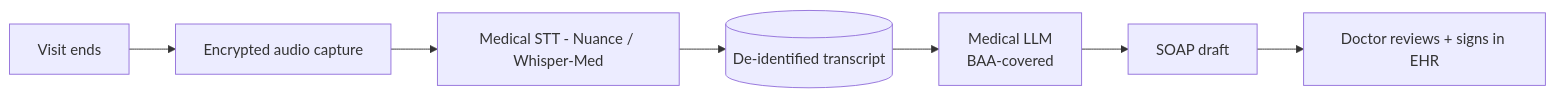
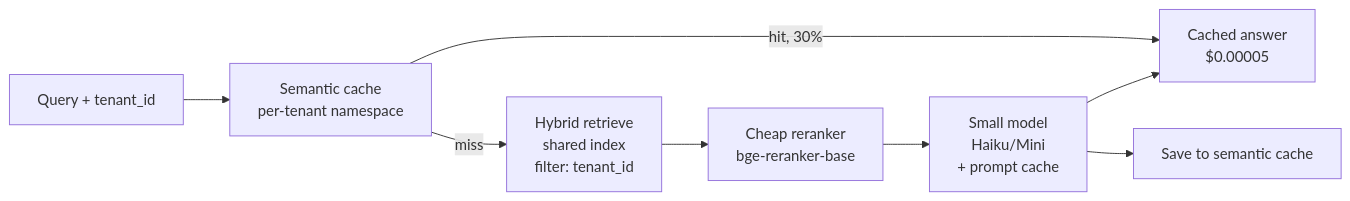
One commit to PranavMotarwar/Urban-Policy-Advisor-LLM changed diagram 17 of 48 in SYSTEM_DESIGN_PREP.md. Above: the diagram before and after it, drawn with Mermaid. The commit also changed other lines of this file, not shown here.

````diff
--- a/SYSTEM_DESIGN_PREP.md
+++ b/SYSTEM_DESIGN_PREP.md
@@ -2051,9 +2530,10 @@
 ```mermaid
 flowchart LR
-    Visit[Visit ends] --> Audio[Encrypted audio capture]
-    Audio --> STT[Medical STT - Nuance / Whisper-Med]
-    STT --> Trans[(De-identified transcript)]
-    Trans --> LLM[Medical LLM<br/>BAA-covered]
-    LLM --> Draft[SOAP draft]
-    Draft --> EHR[Doctor reviews + signs in EHR]
+  Q[Query + tenant_id] --> SC[Semantic cache<br/>per-tenant namespace]
+  SC -->|hit, 30%| O[Cached answer<br/>$0.00005]
+  SC -->|miss| R[Hybrid retrieve<br/>shared index<br/>filter: tenant_id]
+  R --> RR[Cheap reranker<br/>bge-reranker-base]
+  RR --> G[Small model<br/>Haiku/Mini<br/>+ prompt cache]
+  G --> SAVE[Save to semantic cache]
+  G --> O
 ```
````
